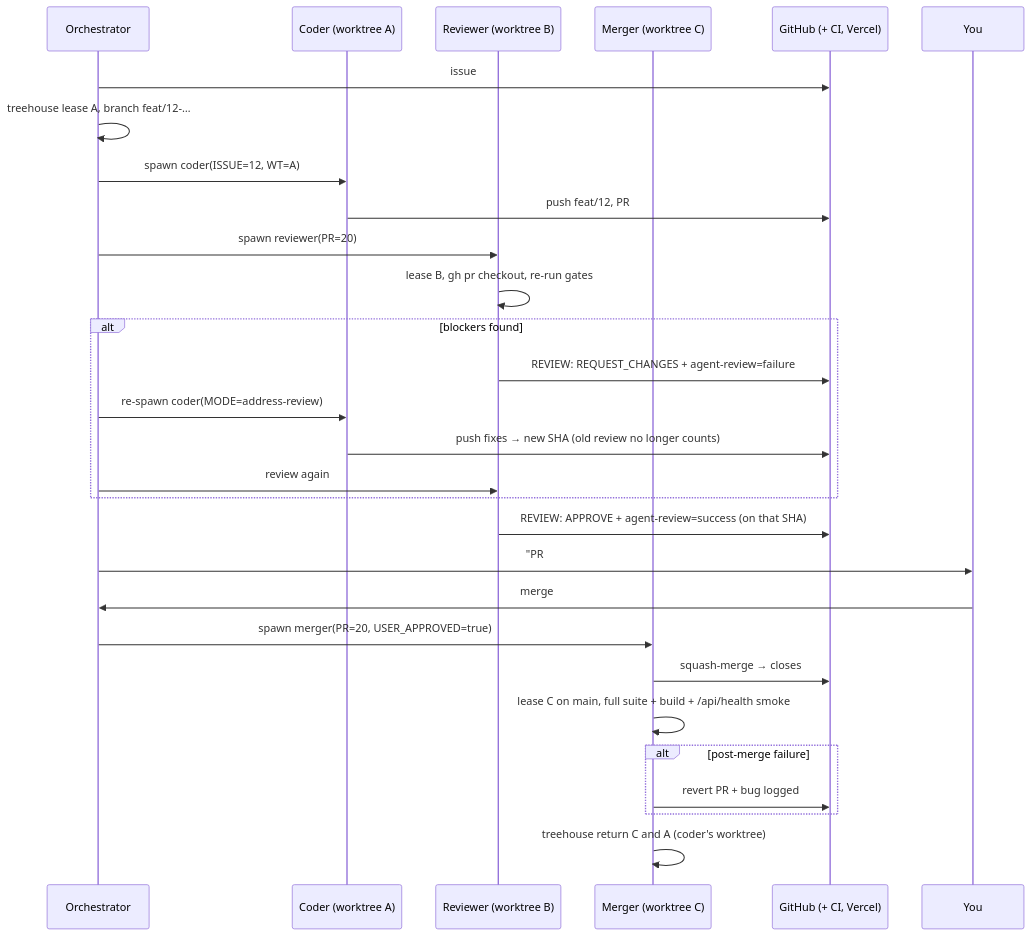
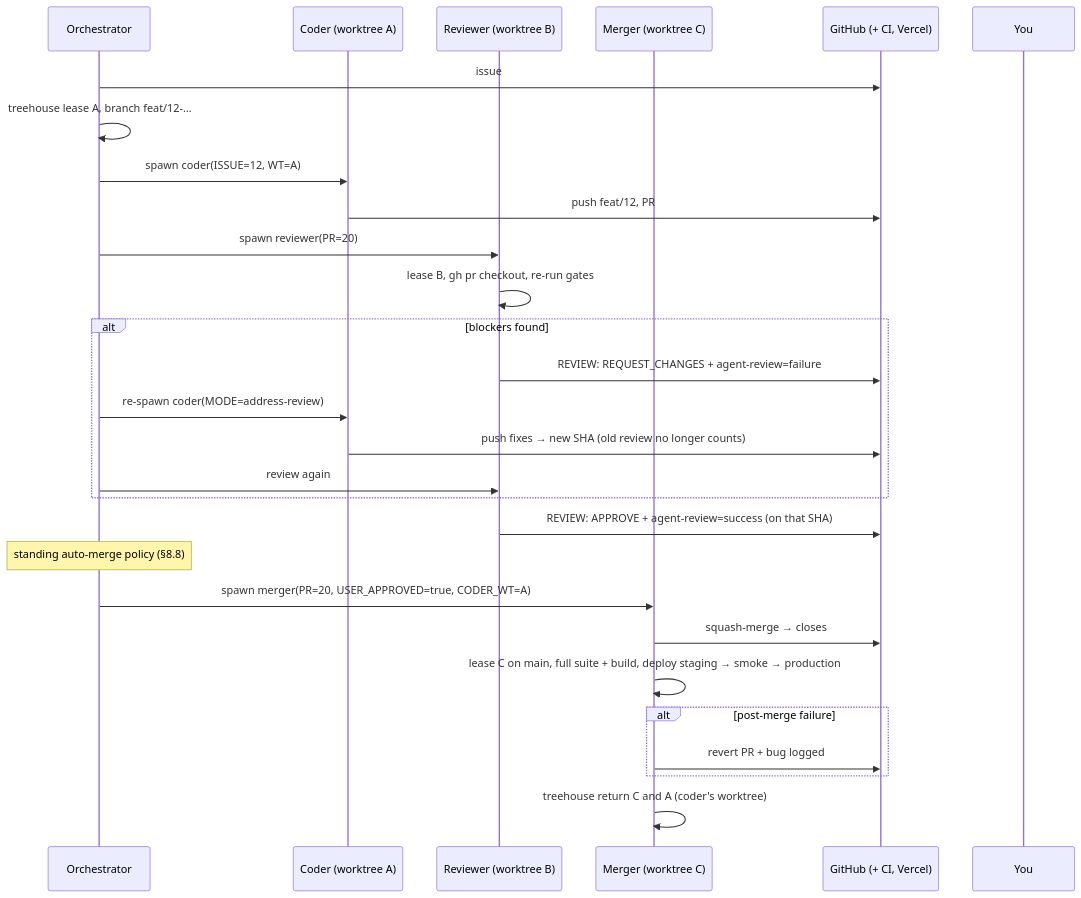
One commit to dangnguyenducanh/Zalo-Tele-intergrated-financial-apps changed the diagram in docs/08-agent-workflow.md. Above: the diagram before and after it, drawn with Mermaid. The commit also changed other lines of this file and 5 other files, not shown here.

````diff
--- a/docs/08-agent-workflow.md
+++ b/docs/08-agent-workflow.md
@@ -34,31 +34,30 @@
 ```mermaid
 sequenceDiagram
     participant O as Orchestrator
     participant C as Coder (worktree A)
     participant R as Reviewer (worktree B)
     participant M as Merger (worktree C)
     participant G as GitHub (+ CI, Vercel)
     participant U as You
     O->>G: issue #12 ready (status:ready)
     O->>O: treehouse lease A, branch feat/12-…
     O->>C: spawn coder(ISSUE=12, WT=A)
     C->>G: push feat/12, PR #20 (status:in-review) → CI runs
     O->>R: spawn reviewer(PR=20)
     R->>R: lease B, gh pr checkout, re-run gates
     alt blockers found
         R->>G: REVIEW: REQUEST_CHANGES + agent-review=failure
         O->>C: re-spawn coder(MODE=address-review)
         C->>G: push fixes → new SHA (old review no longer counts)
         O->>R: review again
     end
     R->>G: REVIEW: APPROVE + agent-review=success (on that SHA)
-    O->>U: "PR #20 ready: <how it works>. Merge?"
-    U->>O: merge #20
-    O->>M: spawn merger(PR=20, USER_APPROVED=true)
-    M->>G: squash-merge → closes #12 → Vercel deploys main
-    M->>M: lease C on main, full suite + build + /api/health smoke
+    Note over O: standing auto-merge policy (§8.8)
+    O->>M: spawn merger(PR=20, USER_APPROVED=true, CODER_WT=A)
+    M->>G: squash-merge → closes #12
+    M->>M: lease C on main, full suite + build, deploy staging → smoke → production
     alt post-merge failure
         M->>G: revert PR + bug logged
     end
     M->>M: treehouse return C and A (coder's worktree)
 ```
````
